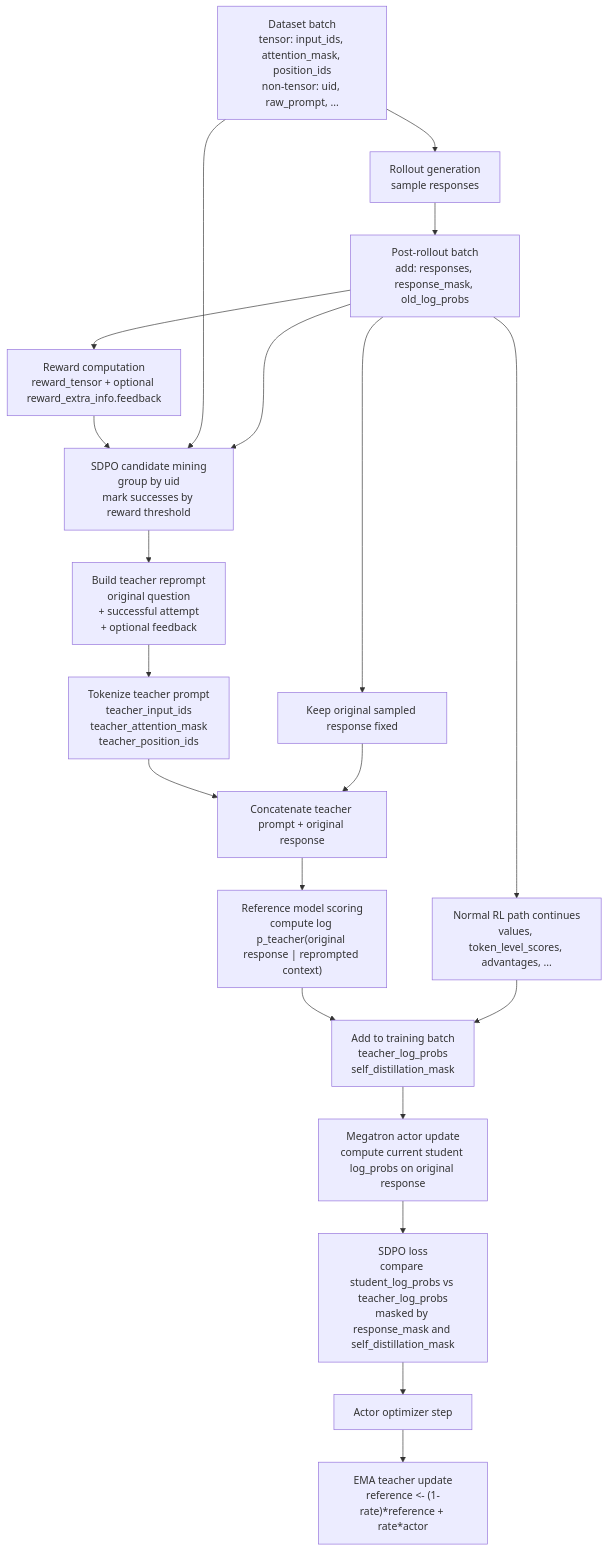
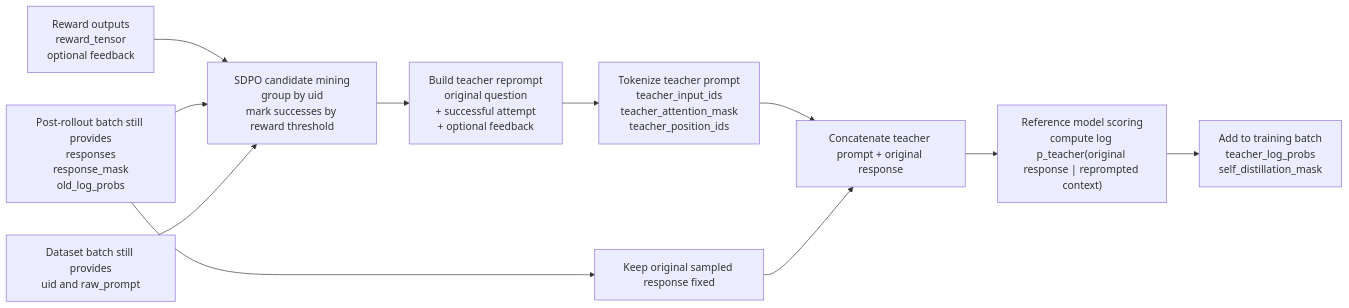
One commit to zhoutong-hai/verl changed the second of 6 diagrams in SDPO_VERL_IMPLEMENTATION_EXPERIMENT_GUIDE.md. Above: the diagram before and after it, drawn with Mermaid. The commit also changed other lines of this file and 3 other files, not shown here.

Commit message:
Fix Megatron SDPO smoke init path

````diff
--- a/SDPO_VERL_IMPLEMENTATION_EXPERIMENT_GUIDE.md
+++ b/SDPO_VERL_IMPLEMENTATION_EXPERIMENT_GUIDE.md
@@ -74,22 +133,13 @@
 ```mermaid
-flowchart TD
-    A["Dataset batch<br/>tensor: input_ids, attention_mask, position_ids<br/>non-tensor: uid, raw_prompt, ..."] --> B["Rollout generation<br/>sample responses"]
-    B --> C["Post-rollout batch<br/>add: responses, response_mask, old_log_probs"]
-    C --> D["Reward computation<br/>reward_tensor + optional reward_extra_info.feedback"]
-    C --> E["Normal RL path continues<br/>values, token_level_scores, advantages, ..."]
-    D --> F["SDPO candidate mining<br/>group by uid<br/>mark successes by reward threshold"]
-    A --> F
-    C --> F
+flowchart LR
+    D["Reward outputs<br/>reward_tensor<br/>optional feedback"] --> F["SDPO candidate mining<br/>group by uid<br/>mark successes by reward threshold"]
+    C["Post-rollout batch still provides<br/>responses<br/>response_mask<br/>old_log_probs"] --> F
+    A["Dataset batch still provides<br/>uid and raw_prompt"] --> F
     F --> G["Build teacher reprompt<br/>original question<br/>+ successful attempt<br/>+ optional feedback"]
     G --> H["Tokenize teacher prompt<br/>teacher_input_ids<br/>teacher_attention_mask<br/>teacher_position_ids"]
     C --> I["Keep original sampled response fixed"]
     H --> J["Concatenate teacher prompt + original response"]
     I --> J
     J --> K["Reference model scoring<br/>compute log p_teacher(original response | reprompted context)"]
     K --> L["Add to training batch<br/>teacher_log_probs<br/>self_distillation_mask"]
-    E --> L
-    L --> M["Megatron actor update<br/>compute current student log_probs on original response"]
-    M --> N["SDPO loss<br/>compare student_log_probs vs teacher_log_probs<br/>masked by response_mask and self_distillation_mask"]
-    N --> O["Actor optimizer step"]
-    O --> P["EMA teacher update<br/>reference <- (1-rate)*reference + rate*actor"]
 ```
````
